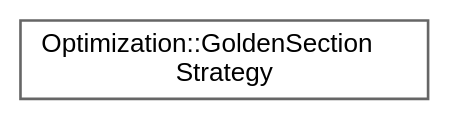
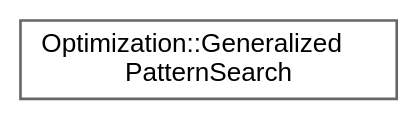
The diagram in inherit_graph_9.dot (jswoo0615/Algorithms_for_Optimization_cpp), drawn with Graphviz before and after one commit. The commit also changed 64 other files, not shown here.

```diff
--- a/inherit_graph_9.dot
+++ b/inherit_graph_9.dot
@@ -1,9 +1,9 @@
 digraph "Graphical Class Hierarchy"
 {
  // LATEX_PDF_SIZE
   bgcolor="transparent";
   edge [fontname=Helvetica,fontsize=10,labelfontname=Helvetica,labelfontsize=10];
   node [fontname=Helvetica,fontsize=10,shape=box,height=0.2,width=0.4];
   rankdir="LR";
-  Node0 [id="Node000000",label="Optimization::GoldenSection\lStrategy",height=0.2,width=0.4,color="grey40", fillcolor="white", style="filled",URL="$structOptimization_1_1GoldenSectionStrategy.html",tooltip="LineSearch 모듈을 순환 좌표 탐색에 연결"];
+  Node0 [id="Node000000",label="Optimization::Generalized\lPatternSearch",height=0.2,width=0.4,color="grey40", fillcolor="white", style="filled",URL="$classOptimization_1_1GeneralizedPatternSearch.html",tooltip="Generalized Pattern Search (일반화된 패턴 탐색) 알고리즘"];
 }
```
